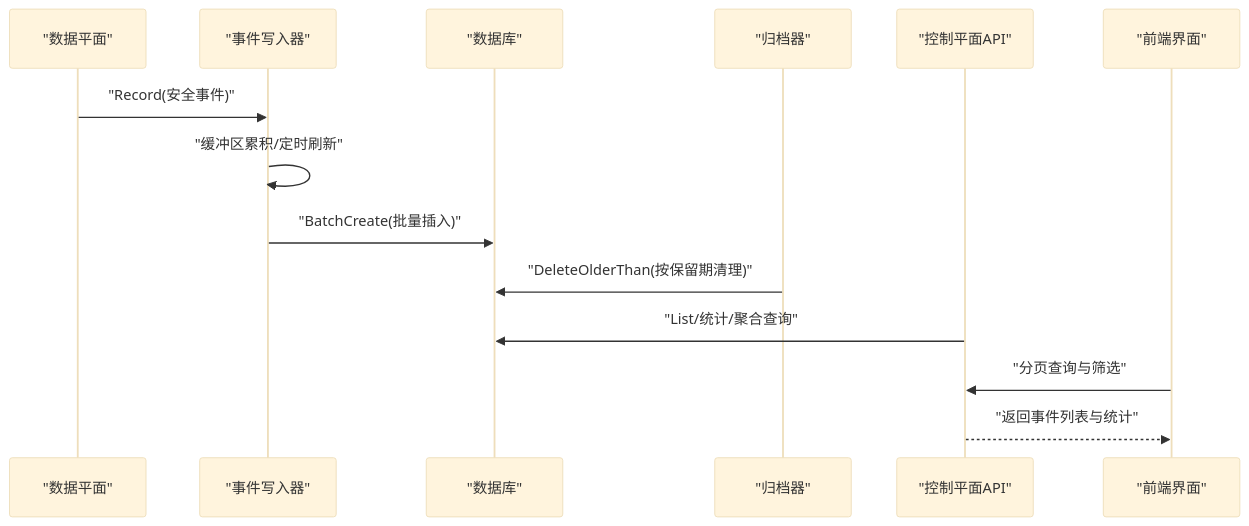
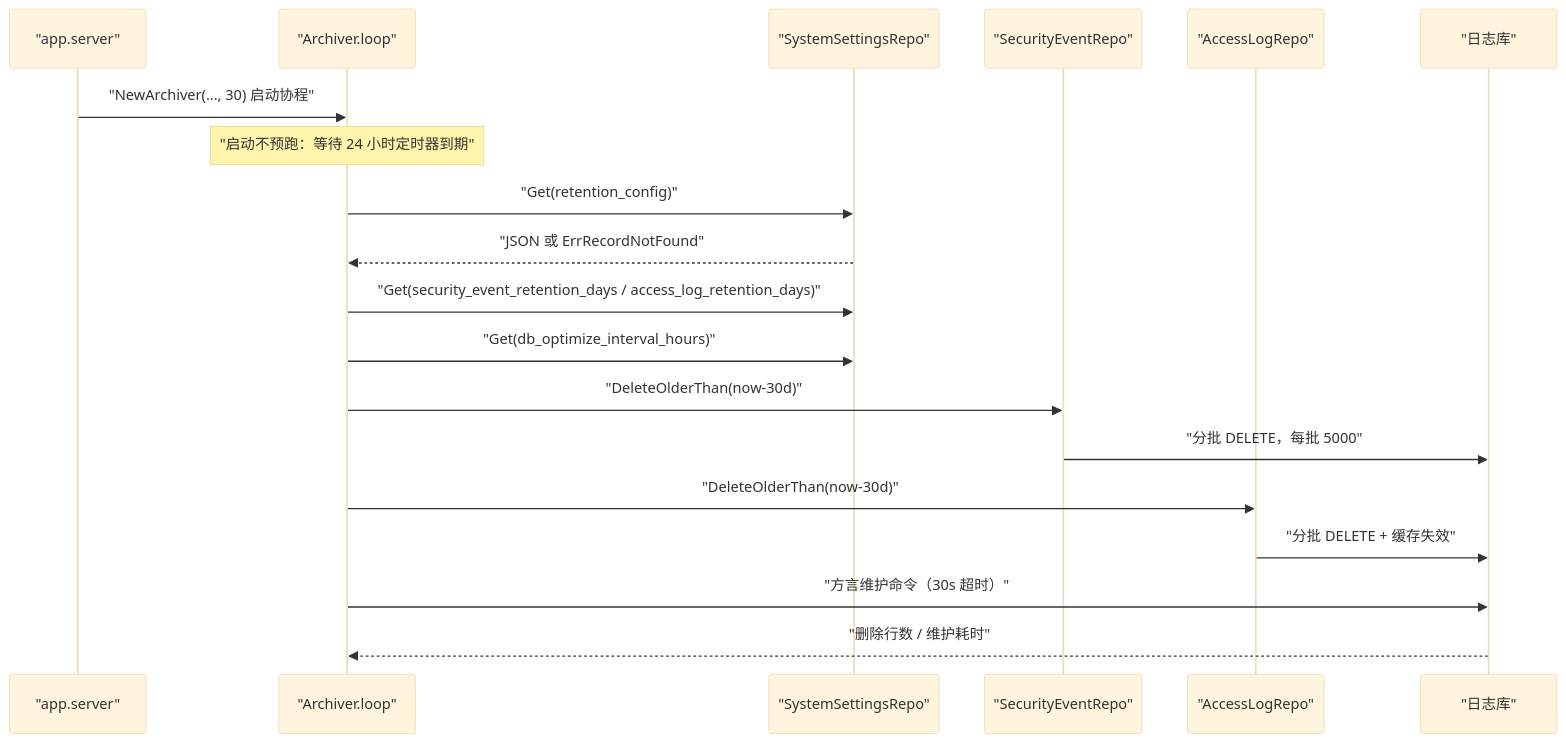
The second of 6 diagrams in docs/监控与可观测性/事件归档系统.md (x01n/My-OpenWaf), drawn with Mermaid (base theme) before and after one commit. The commit also changed other lines of this file and 622 other files, not shown here.

````diff
--- a/docs/监控与可观测性/事件归档系统.md
+++ b/docs/监控与可观测性/事件归档系统.md
@@ -119,16 +166,21 @@
 ```mermaid
 sequenceDiagram
-participant DP as "数据平面"
-participant EW as "事件写入器"
-participant DB as "数据库"
-participant AR as "归档器"
-participant API as "控制平面API"
-participant UI as "前端界面"
-DP->>EW : "Record(安全事件)"
-EW->>EW : "缓冲区累积/定时刷新"
-EW->>DB : "BatchCreate(批量插入)"
-AR->>DB : "DeleteOlderThan(按保留期清理)"
-API->>DB : "List/统计/聚合查询"
-UI->>API : "分页查询与筛选"
-API-->>UI : "返回事件列表与统计"
+participant SRV as "app.server"
+participant AR as "Archiver.loop"
+participant SSR as "SystemSettingsRepo"
+participant SER as "SecurityEventRepo"
+participant ALR as "AccessLogRepo"
+participant DB as "日志库"
+SRV->>AR : "NewArchiver(..., 30) 启动协程"
+Note over AR : "启动不预跑：等待 24 小时定时器到期"
+AR->>SSR : "Get(retention_config)"
+SSR-->>AR : "JSON 或 ErrRecordNotFound"
+AR->>SSR : "Get(security_event_retention_days / access_log_retention_days)"
+AR->>SSR : "Get(db_optimize_interval_hours)"
+AR->>SER : "DeleteOlderThan(now-30d)"
+SER->>DB : "分批 DELETE，每批 5000"
+AR->>ALR : "DeleteOlderThan(now-30d)"
+ALR->>DB : "分批 DELETE + 缓存失效"
+AR->>DB : "方言维护命令（30s 超时）"
+DB-->>AR : "删除行数 / 维护耗时"
 ```
````
